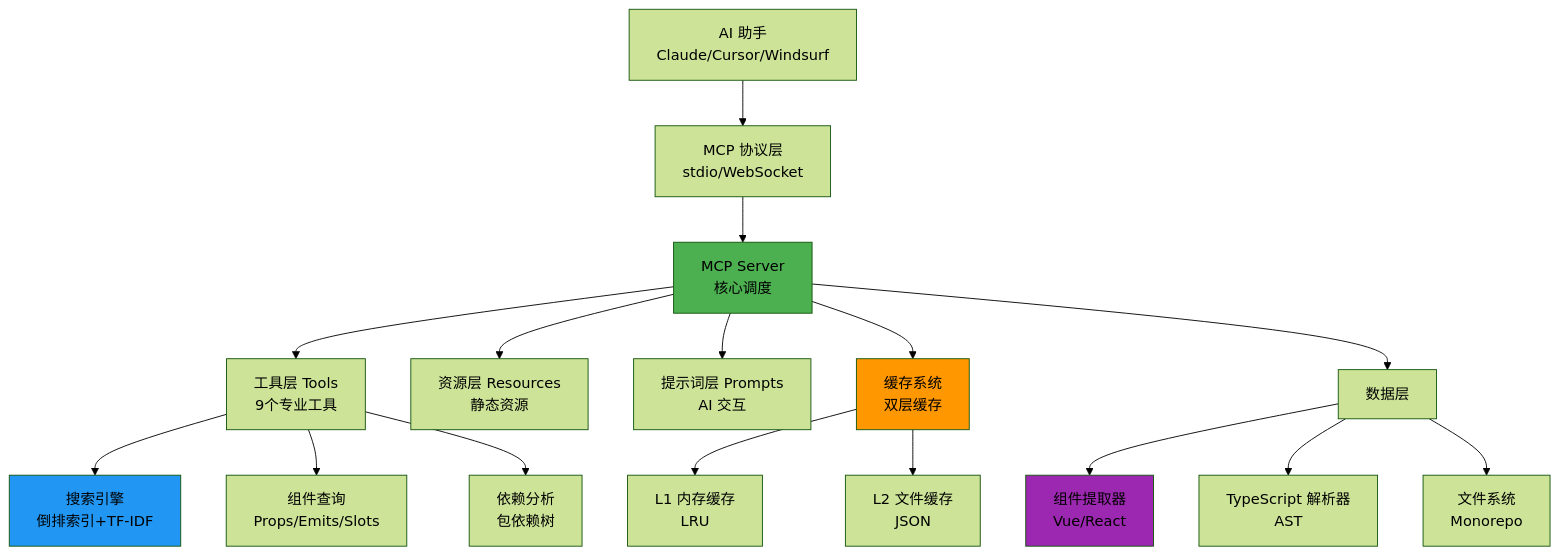
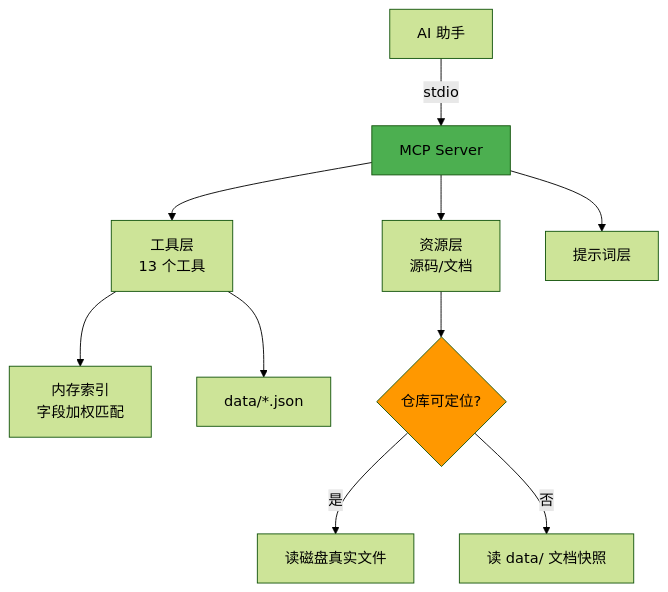
One commit to sunweijieMJ/aix changed the diagram in internal/mcp-server/README.md. Above: the diagram before and after it, drawn with Mermaid (forest theme). The commit also changed other lines of this file and 42 other files, not shown here.

First line of the commit message:
refactor(mcp-server): 修复发布可用性、重写 API 提取、清理死代码

````diff
--- a/internal/mcp-server/README.md
+++ b/internal/mcp-server/README.md
@@ -315,27 +164,16 @@
 ```mermaid
 graph TB
-    A[AI 助手<br/>Claude/Cursor/Windsurf] --> B[MCP 协议层<br/>stdio/WebSocket]
-    B --> C[MCP Server<br/>核心调度]
+    A[AI 助手] -->|stdio| B[MCP Server]
+    B --> C[工具层<br/>13 个工具]
+    B --> D[资源层<br/>源码/文档]
+    B --> E[提示词层]
 
-    C --> D[工具层 Tools<br/>9个专业工具]
-    C --> E[资源层 Resources<br/>静态资源]
-    C --> F[提示词层 Prompts<br/>AI 交互]
+    C --> F[内存索引<br/>字段加权匹配]
+    C --> G[data/*.json]
+    D --> H{仓库可定位?}
+    H -->|是| I[读磁盘真实文件]
+    H -->|否| J[读 data/ 文档快照]
 
-    D --> G[搜索引擎<br/>倒排索引+TF-IDF]
-    D --> H[组件查询<br/>Props/Emits/Slots]
-    D --> I[依赖分析<br/>包依赖树]
-
-    C --> M[缓存系统<br/>双层缓存]
-    M --> N[L1 内存缓存<br/>LRU]
-    M --> O[L2 文件缓存<br/>JSON]
-
-    C --> P[数据层]
-    P --> Q[组件提取器<br/>Vue/React]
-    P --> R[TypeScript 解析器<br/>AST]
-    P --> S[文件系统<br/>Monorepo]
-
-    style C fill:#4CAF50
-    style G fill:#2196F3
-    style M fill:#FF9800
-    style Q fill:#9C27B0
+    style B fill:#4CAF50
+    style H fill:#FF9800
 ```
````
